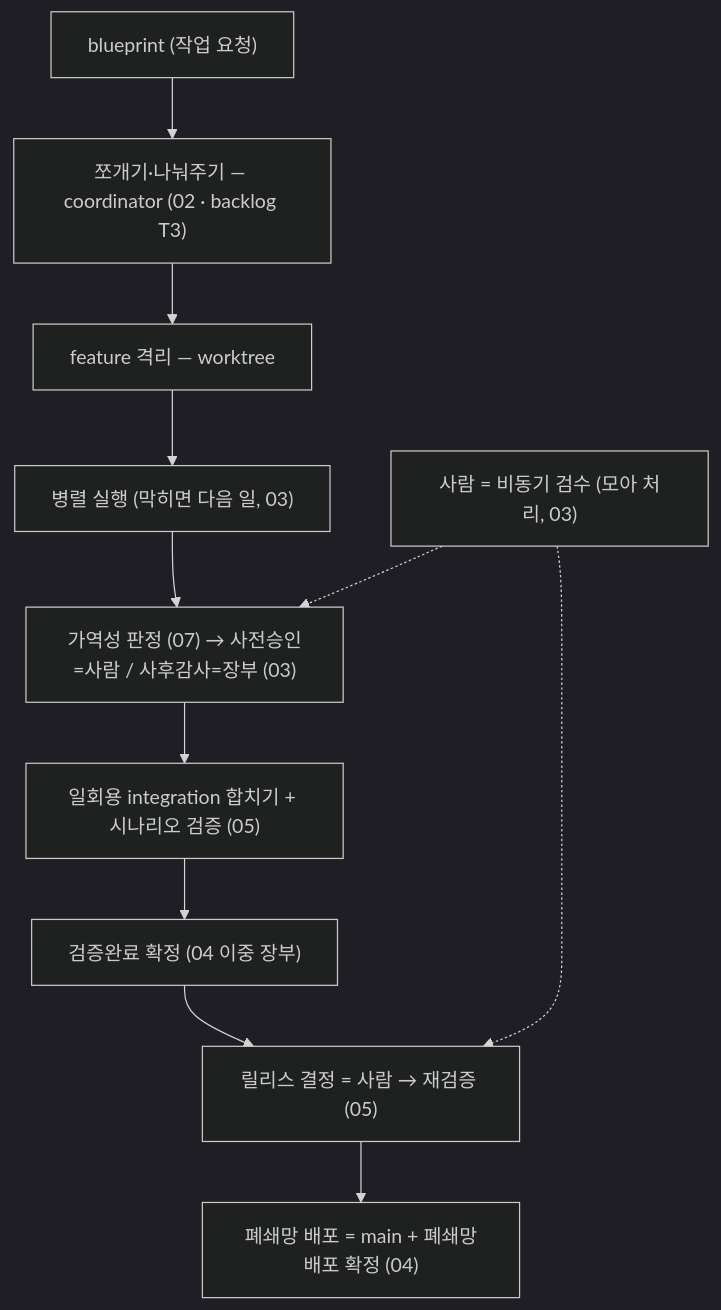
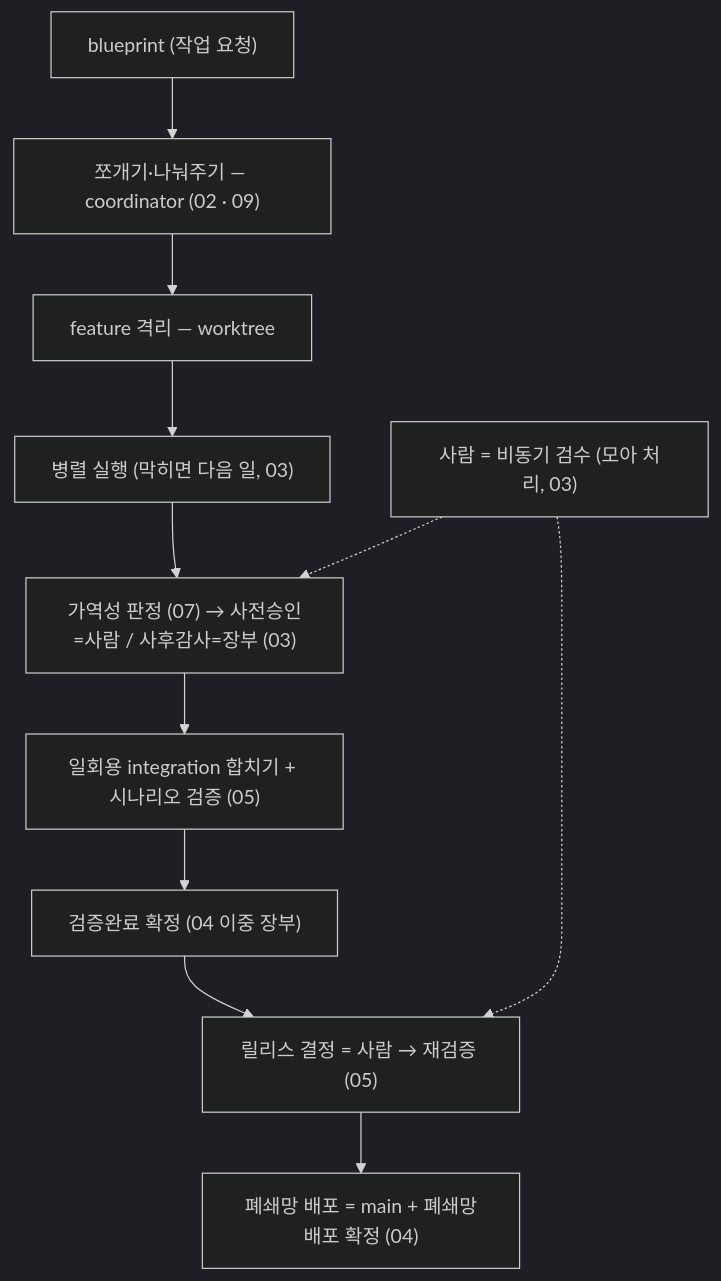
Before and after one commit to neisii/harness-naroo: the third of 3 diagrams in design-notes/00-인덱스.md, drawn with Mermaid (dark theme). The commit also changed other lines of this file and 9 other files, not shown here.

````diff
--- a/design-notes/00-인덱스.md
+++ b/design-notes/00-인덱스.md
@@ -54,16 +54,16 @@
 ```mermaid
 flowchart TB
   BP["blueprint (작업 요청)"]
-  SPLIT["쪼개기·나눠주기 — coordinator (02 · backlog T3)"]
+  SPLIT["쪼개기·나눠주기 — coordinator (02 · 09)"]
   ISO["feature 격리 — worktree"]
   EXEC["병렬 실행 (막히면 다음 일, 03)"]
   GATE["가역성 판정 (07) → 사전승인=사람 / 사후감사=장부 (03)"]
   INT["일회용 integration 합치기 + 시나리오 검증 (05)"]
   STAMP["검증완료 확정 (04 이중 장부)"]
   SEL["릴리스 결정 = 사람 → 재검증 (05)"]
   DEPLOY["폐쇄망 배포 = main + 폐쇄망배포 확정 (04)"]
   HUMAN["사람 = 비동기 검수 (모아 처리, 03)"]
   BP --> SPLIT --> ISO --> EXEC --> GATE --> INT --> STAMP --> SEL --> DEPLOY
   HUMAN -.-> GATE
   HUMAN -.-> SEL
 ```
````
